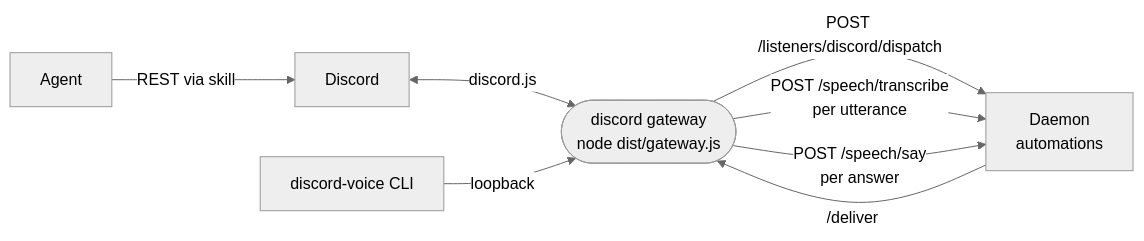
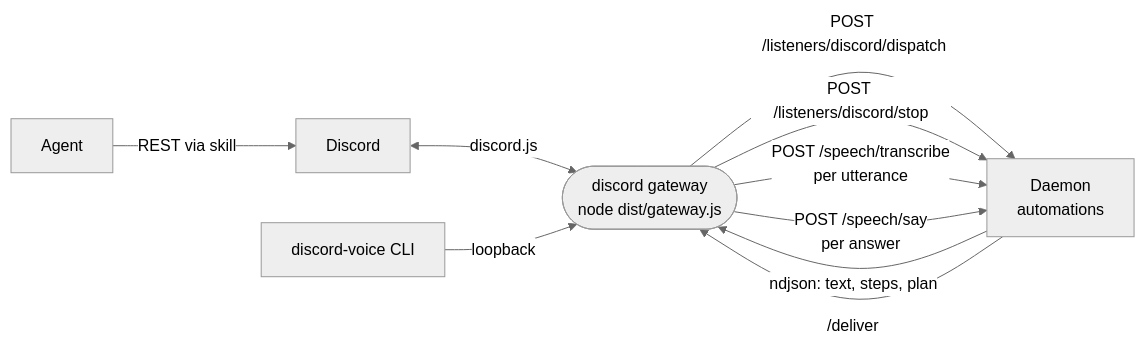
The diagram in _extensions/discord/README.md (intentic/intentic), drawn with Mermaid (neutral theme) before and after one commit. The commit also changed other lines of this file and 53 other files, not shown here.

Commit message:
feat(discord): add mention-threaded replies with live progress card and stop via discord-voice

````diff
--- a/_extensions/discord/README.md
+++ b/_extensions/discord/README.md
@@ -5,10 +5,12 @@
 ```mermaid
 flowchart LR
     discord["Discord"] <-->|"discord.js"| gw(["discord gateway<br/>node dist/gateway.js"])
     gw -->|"POST /listeners/discord/dispatch"| daemon["Daemon<br/>automations"]
+    daemon -->|"ndjson: text, steps, plan"| gw
+    gw -->|"POST /listeners/discord/stop"| daemon
     daemon -->|"/deliver"| gw
     cli["discord-voice CLI"] -->|"loopback"| gw
     gw -->|"POST /speech/transcribe<br/>per utterance"| daemon
     gw -->|"POST /speech/say<br/>per answer"| daemon
     agent["Agent"] -->|"REST via skill"| discord
 ```
````
